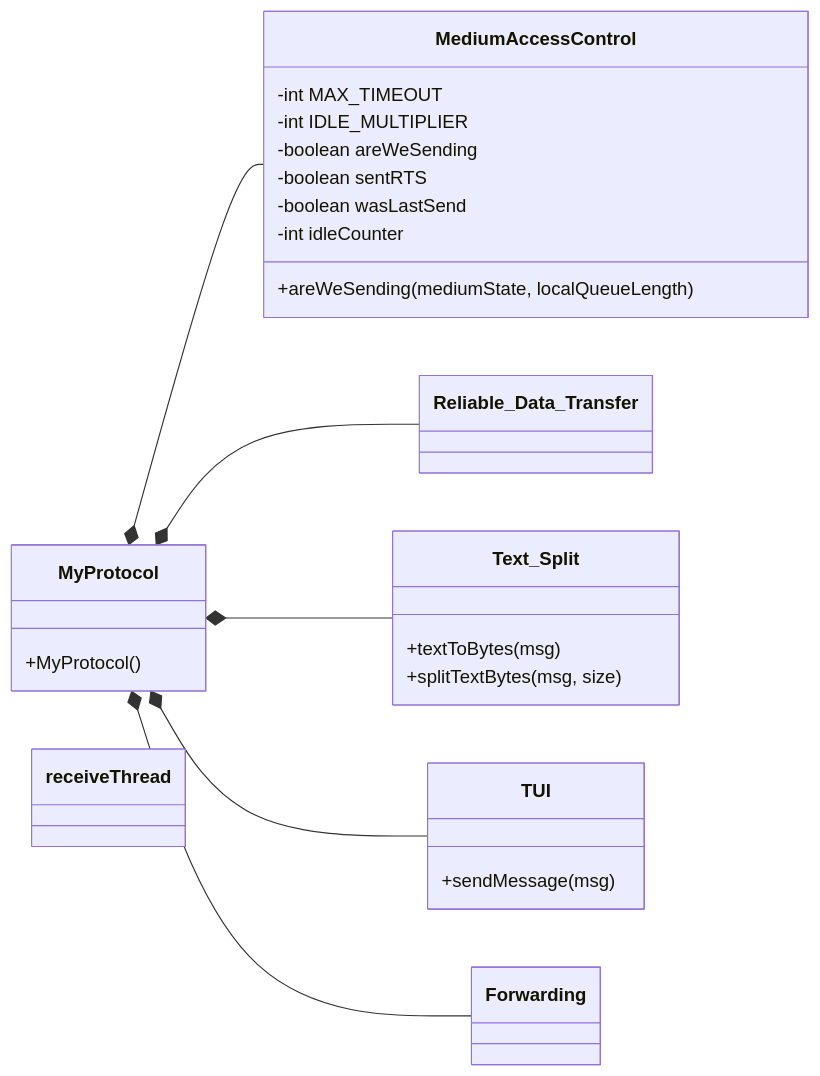
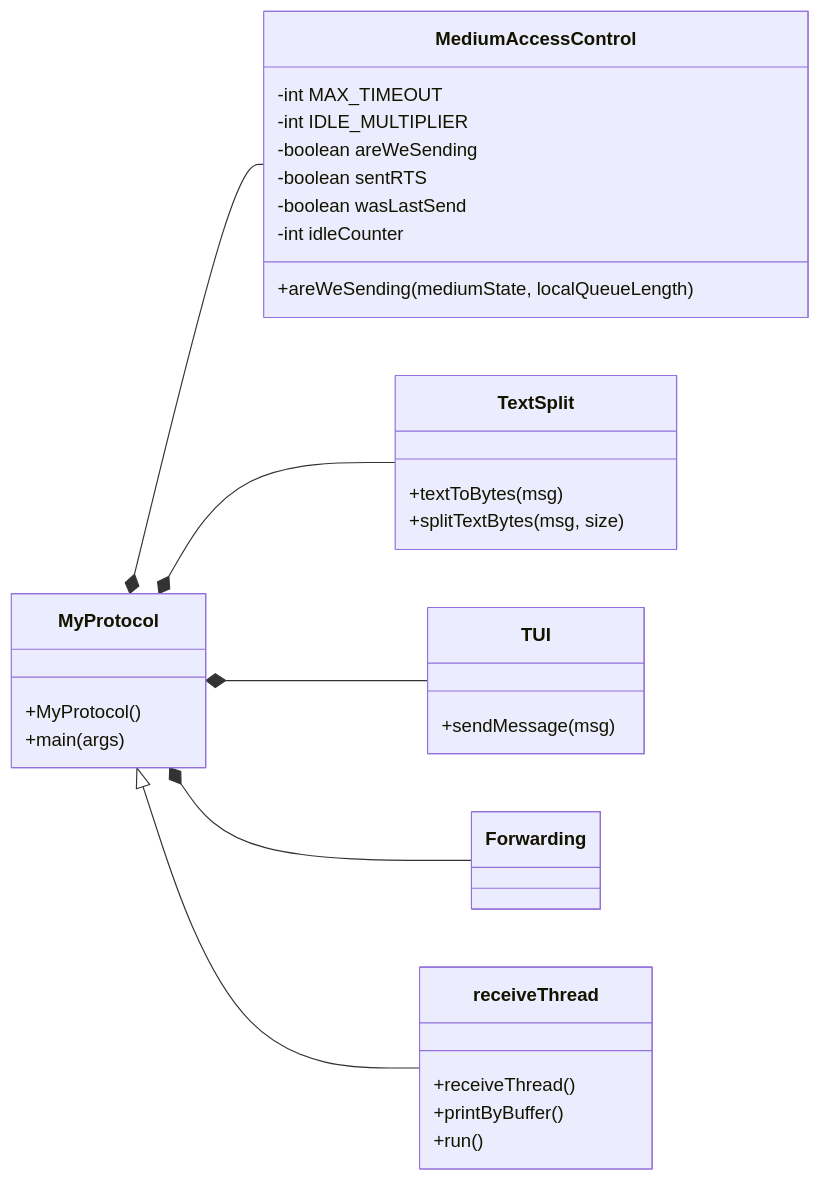
One commit to Traydr/ut-tcs-m3-project-100 changed the diagram in planning.md. Above: the diagram before and after it, drawn with Mermaid.

Commit message:
Added extra function to graph

````diff
--- a/planning.md
+++ b/planning.md
@@ -1,46 +1,45 @@
 ```mermaid
 classDiagram
     direction LR
     
     class MyProtocol {
         +MyProtocol()
+        +main(args)
     }
     
     class MediumAccessControl{
         -int MAX_TIMEOUT
         -int IDLE_MULTIPLIER    
         -boolean areWeSending
         -boolean sentRTS
         -boolean wasLastSend
         -int idleCounter
         
         +areWeSending(mediumState, localQueueLength)
     }
     
-    class Reliable_Data_Transfer{
-    
-    }
-    
-    class Text_Split{
+    class TextSplit{
         +textToBytes(msg)
         +splitTextBytes(msg, size)
     }
     
     class TUI {
         +sendMessage(msg)
     }
     
     class Forwarding{
     
     }
     
     class receiveThread{
-    
+        +receiveThread()
+        +printByBuffer()
+        +run()
     }
     
     MyProtocol *-- MediumAccessControl
-    MyProtocol *-- Reliable_Data_Transfer
-    MyProtocol *-- Text_Split
+    MyProtocol *-- TextSplit
     MyProtocol *-- TUI
     MyProtocol *-- Forwarding
+    MyProtocol <|-- receiveThread
 ```
````
